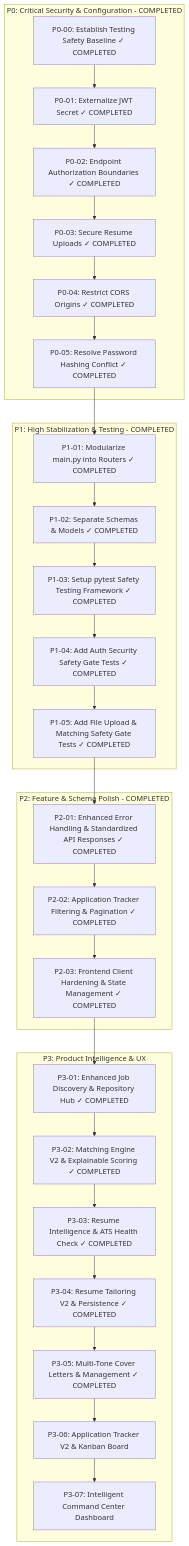
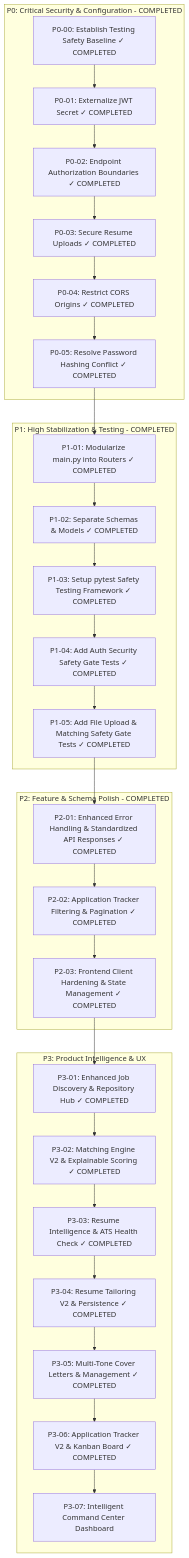
One commit to AlvinMutie/Job-seer changed the diagram in docs/ROADMAP.md. Above: the diagram before and after it, drawn with Mermaid. The commit also changed other lines of this file and 51 other files, not shown here.

Commit message:
feat: implement application detail modal for managing job tracker status and metadata

````diff
--- a/docs/ROADMAP.md
+++ b/docs/ROADMAP.md
@@ -9,37 +9,37 @@
 ```mermaid
 flowchart TD
     subgraph P0 [P0: Critical Security & Configuration - COMPLETED]
         P0-00[P0-00: Establish Testing Safety Baseline ✓ COMPLETED]
         P0-01[P0-01: Externalize JWT Secret ✓ COMPLETED]
         P0-02[P0-02: Endpoint Authorization Boundaries ✓ COMPLETED]
         P0-03[P0-03: Secure Resume Uploads ✓ COMPLETED]
         P0-04[P0-04: Restrict CORS Origins ✓ COMPLETED]
         P0-05[P0-05: Resolve Password Hashing Conflict ✓ COMPLETED]
     end
 
     subgraph P1 [P1: High Stabilization & Testing - COMPLETED]
         P1-01[P1-01: Modularize main.py into Routers ✓ COMPLETED]
         P1-02[P1-02: Separate Schemas & Models ✓ COMPLETED]
         P1-03[P1-03: Setup pytest Safety Testing Framework ✓ COMPLETED]
         P1-04[P1-04: Add Auth Security Safety Gate Tests ✓ COMPLETED]
         P1-05[P1-05: Add File Upload & Matching Safety Gate Tests ✓ COMPLETED]
     end
 
     subgraph P2 [P2: Feature & Schema Polish - COMPLETED]
         P2-01[P2-01: Enhanced Error Handling & Standardized API Responses ✓ COMPLETED]
         P2-02[P2-02: Application Tracker Filtering & Pagination ✓ COMPLETED]
         P2-03[P2-03: Frontend Client Hardening & State Management ✓ COMPLETED]
     end
 
     subgraph P3 [P3: Product Intelligence & UX]
         P3-01[P3-01: Enhanced Job Discovery & Repository Hub ✓ COMPLETED]
         P3-02[P3-02: Matching Engine V2 & Explainable Scoring ✓ COMPLETED]
         P3-03[P3-03: Resume Intelligence & ATS Health Check ✓ COMPLETED]
         P3-04[P3-04: Resume Tailoring V2 & Persistence ✓ COMPLETED]
         P3-05[P3-05: Multi-Tone Cover Letters & Management ✓ COMPLETED]
-        P3-06[P3-06: Application Tracker V2 & Kanban Board]
+        P3-06[P3-06: Application Tracker V2 & Kanban Board ✓ COMPLETED]
         P3-07[P3-07: Intelligent Command Center Dashboard]
     end
 
     P0-00 --> P0-01 --> P0-02 --> P0-03 --> P0-04 --> P0-05 --> P1-01 --> P1-02 --> P1-03 --> P1-04 --> P1-05 --> P2-01 --> P2-02 --> P2-03 --> P3-01 --> P3-02 --> P3-03 --> P3-04 --> P3-05 --> P3-06 --> P3-07
 ```
````
